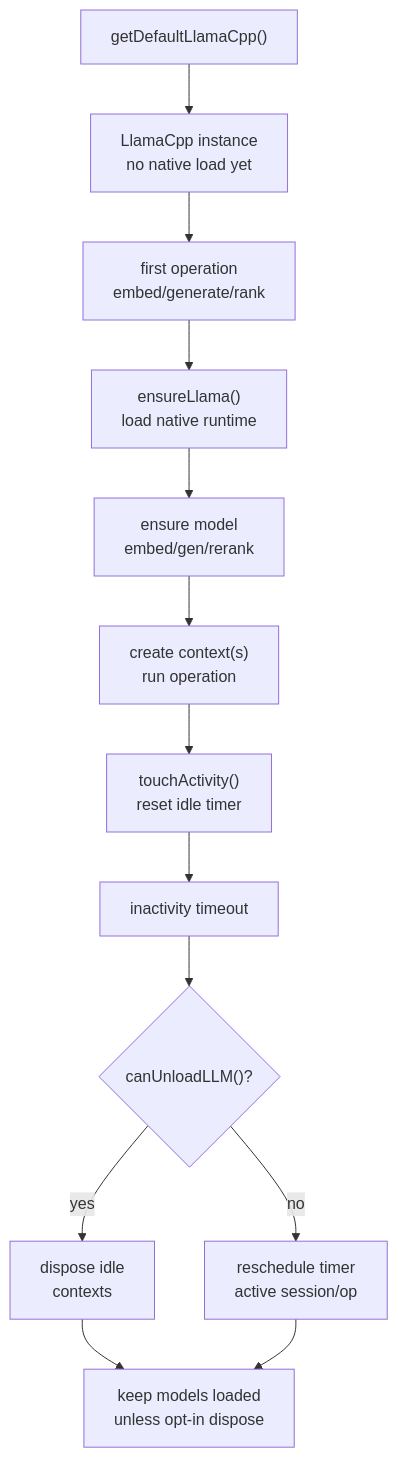
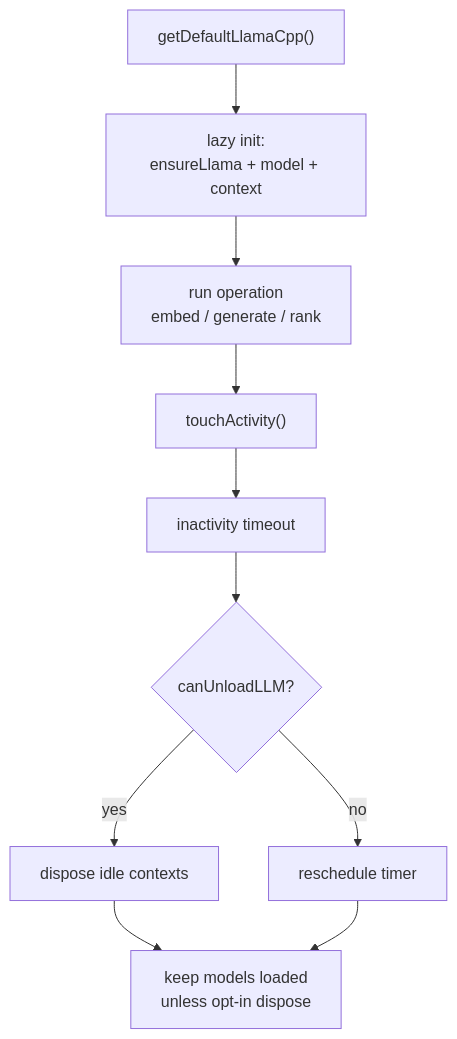
One commit to sagarsrc/qmd-fork changed the first of 5 diagrams in docs/experiments/001-understanding-codebase/workers/llm-ast-explorer/output/diagrams.md. Above: the diagram before and after it, drawn with Mermaid. The commit also changed other lines of this file and 4 other files, not shown here.

First line of the commit message:
docs: compact all mermaid diagrams vertically

````diff
--- a/docs/experiments/001-understanding-codebase/workers/llm-ast-explorer/output/diagrams.md
+++ b/docs/experiments/001-understanding-codebase/workers/llm-ast-explorer/output/diagrams.md
@@ -3,15 +3,12 @@
 ```mermaid
 flowchart TD
-    A["getDefaultLlamaCpp()"] --> B["LlamaCpp instance<br/>no native load yet"]
-    B --> C["first operation<br/>embed/generate/rank"]
-    C --> D["ensureLlama()<br/>load native runtime"]
-    D --> E["ensure model<br/>embed/gen/rerank"]
-    E --> F["create context(s)<br/>run operation"]
-    F --> G["touchActivity()<br/>reset idle timer"]
-    G --> H["inactivity timeout"]
-    H --> I{"canUnloadLLM()?"}
-    I -->|"yes"| J["dispose idle<br/>contexts"]
-    I -->|"no"| K["reschedule timer<br/>active session/op"]
-    J --> L["keep models loaded<br/>unless opt-in dispose"]
-    K --> L
+    A["getDefaultLlamaCpp()"] --> B["lazy init:<br/>ensureLlama + model + context"]
+    B --> C["run operation<br/>embed / generate / rank"]
+    C --> D["touchActivity()"]
+    D --> E["inactivity timeout"]
+    E --> F{"canUnloadLLM?"}
+    F -->|yes| G["dispose idle contexts"]
+    F -->|no| H["reschedule timer"]
+    G --> I["keep models loaded<br/>unless opt-in dispose"]
+    H --> I
 ```
````
